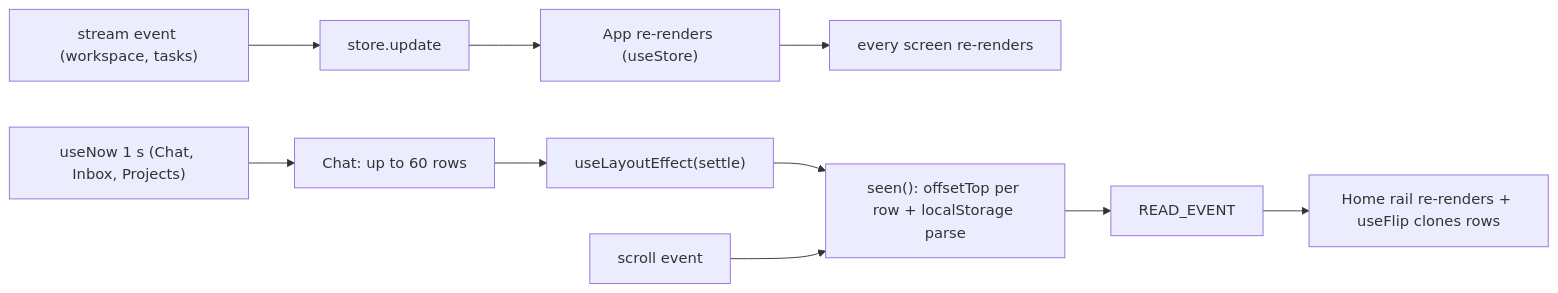
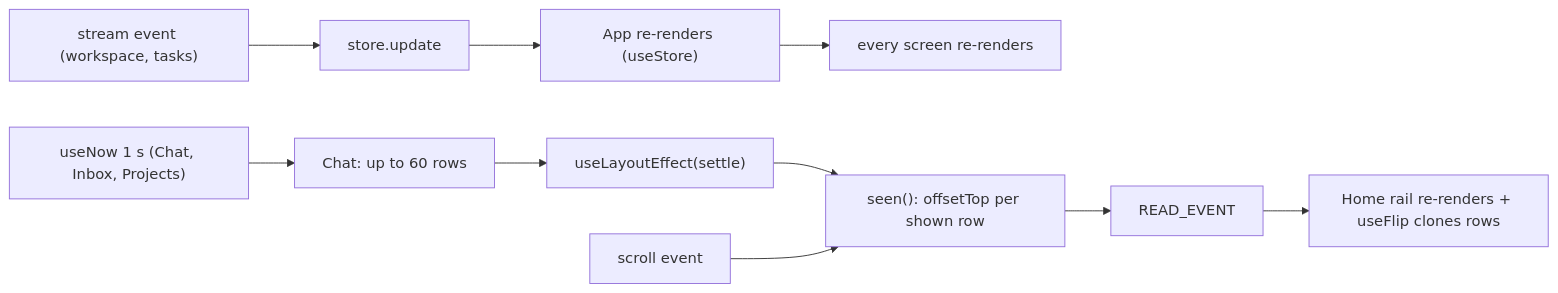
One commit to vlwkaos/wsx changed the diagram in docs/design/web-client-health-audit.md. Above: the diagram before and after it, drawn with Mermaid. The commit also changed other lines of this file, not shown here.

````diff
--- a/docs/design/web-client-health-audit.md
+++ b/docs/design/web-client-health-audit.md
@@ -10,6 +10,6 @@
 ```mermaid
 flowchart LR
   ev["stream event (workspace, tasks)"] --> upd["store.update"] --> app["App re-renders (useStore)"] --> all["every screen re-renders"]
-  tick["useNow 1 s (Chat, Inbox, Projects)"] --> chat["Chat: up to 60 rows"] --> le["useLayoutEffect(settle)"] --> seen["seen(): offsetTop per row + localStorage parse"]
+  tick["useNow 1 s (Chat, Inbox, Projects)"] --> chat["Chat: up to 60 rows"] --> le["useLayoutEffect(settle)"] --> seen["seen(): offsetTop per shown row"]
   scroll["scroll event"] --> seen --> rd["READ_EVENT"] --> home["Home rail re-renders + useFlip clones rows"]
 ```
````
